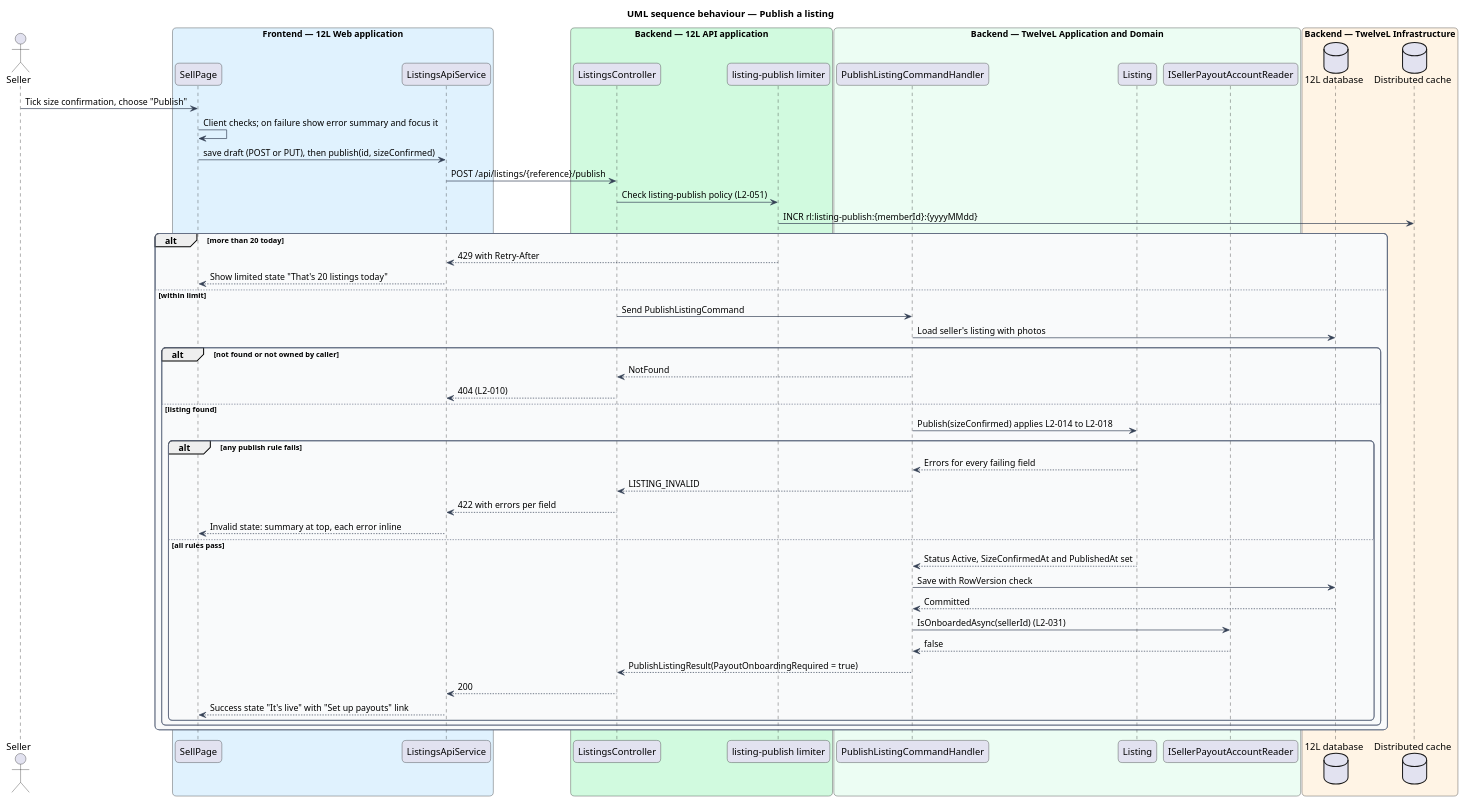
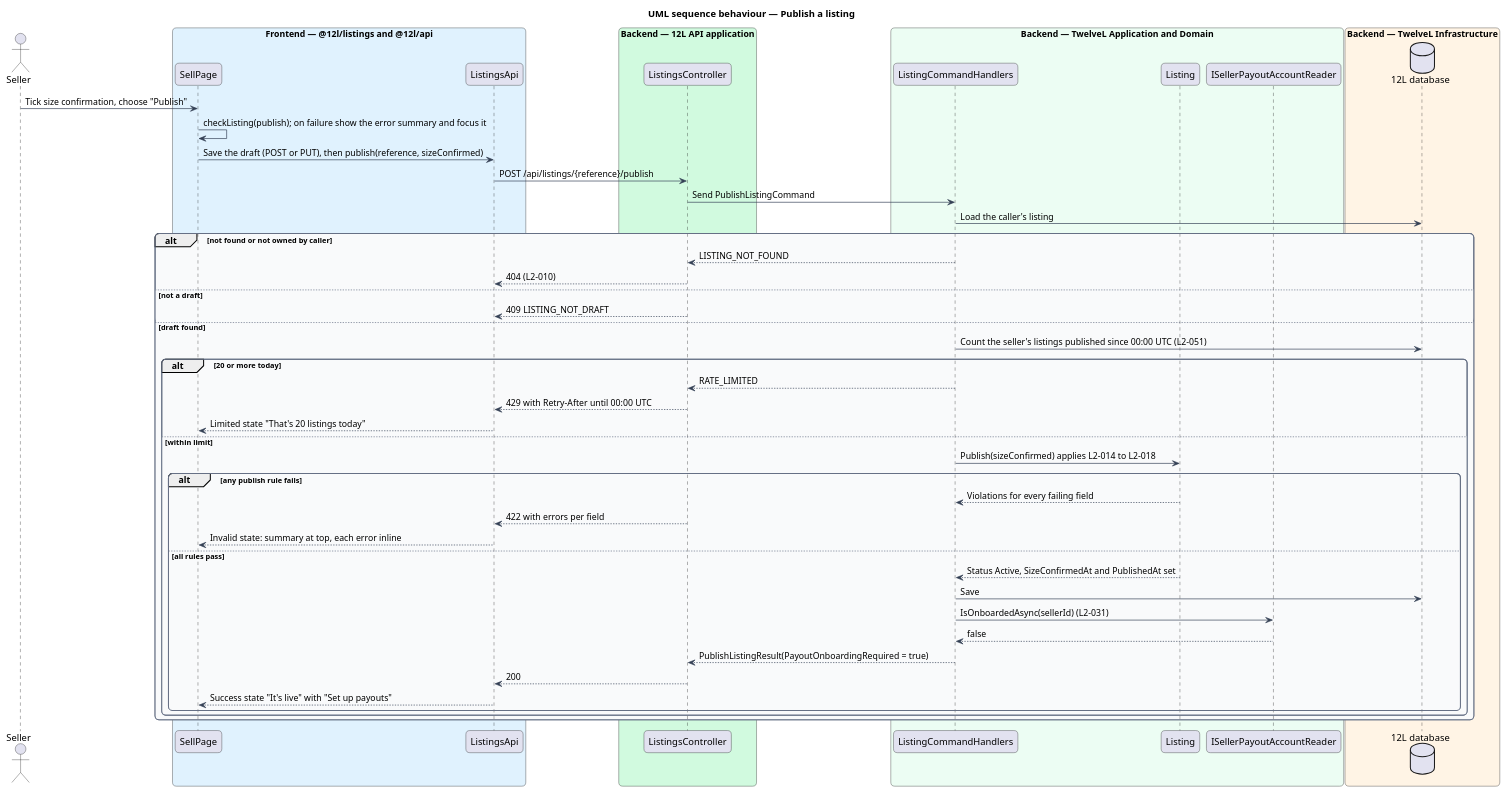
The diagram in docs/detailed-designs/listings/create-listing/diagrams/sequence-publish-listing.puml (QuinntyneBrown/12l), drawn with PlantUML before and after one commit. The commit also changed 89 other files, not shown here.

```diff
--- a/docs/detailed-designs/listings/create-listing/diagrams/sequence-publish-listing.puml
+++ b/docs/detailed-designs/listings/create-listing/diagrams/sequence-publish-listing.puml
@@ -1,69 +1,67 @@
 @startuml
 title UML sequence behaviour — Publish a listing
 skinparam backgroundColor #FFFFFF
 skinparam shadowing false
 skinparam roundcorner 12
 skinparam defaultFontName Arial
 skinparam ArrowColor #344054
 skinparam rectangle {
   BorderColor #344054
   FontColor #101828
 }
 skinparam package {
   BorderColor #667085
   FontColor #101828
   BackgroundColor #F9FAFB
 }
 actor "Seller" as actor
-box "Frontend — 12L Web application" #E0F2FE
+box "Frontend — @12l/listings and @12l/api" #E0F2FE
   participant "SellPage" as page
-  participant "ListingsApiService" as client
+  participant "ListingsApi" as client
 end box
 box "Backend — 12L API application" #D1FADF
   participant "ListingsController" as controller
-  participant "listing-publish limiter" as limiter
 end box
 box "Backend — TwelveL Application and Domain" #ECFDF3
-  participant "PublishListingCommandHandler" as handler
+  participant "ListingCommandHandlers" as handler
   participant "Listing" as entity
   participant "ISellerPayoutAccountReader" as payout
 end box
 box "Backend — TwelveL Infrastructure" #FFF4E5
   database "12L database" as db
-  database "Distributed cache" as cache
 end box
 actor -> page : Tick size confirmation, choose "Publish"
-page -> page : Client checks; on failure show error summary and focus it
-page -> client : save draft (POST or PUT), then publish(id, sizeConfirmed)
+page -> page : checkListing(publish); on failure show the error summary and focus it
+page -> client : Save the draft (POST or PUT), then publish(reference, sizeConfirmed)
 client -> controller : POST /api/listings/{reference}/publish
-controller -> limiter : Check listing-publish policy (L2-051)
-limiter -> cache : INCR rl:listing-publish:{memberId}:{yyyyMMdd}
-alt more than 20 today
-  limiter --> client : 429 with Retry-After
-  client --> page : Show limited state "That's 20 listings today"
-else within limit
-  controller -> handler : Send PublishListingCommand
-  handler -> db : Load seller's listing with photos
-  alt not found or not owned by caller
-    handler --> controller : NotFound
-    controller --> client : 404 (L2-010)
-  else listing found
+controller -> handler : Send PublishListingCommand
+handler -> db : Load the caller's listing
+alt not found or not owned by caller
+  handler --> controller : LISTING_NOT_FOUND
+  controller --> client : 404 (L2-010)
+else not a draft
+  controller --> client : 409 LISTING_NOT_DRAFT
+else draft found
+  handler -> db : Count the seller's listings published since 00:00 UTC (L2-051)
+  alt 20 or more today
+    handler --> controller : RATE_LIMITED
+    controller --> client : 429 with Retry-After until 00:00 UTC
+    client --> page : Limited state "That's 20 listings today"
+  else within limit
     handler -> entity : Publish(sizeConfirmed) applies L2-014 to L2-018
     alt any publish rule fails
-      entity --> handler : Errors for every failing field
-      handler --> controller : LISTING_INVALID
+      entity --> handler : Violations for every failing field
       controller --> client : 422 with errors per field
       client --> page : Invalid state: summary at top, each error inline
     else all rules pass
       entity --> handler : Status Active, SizeConfirmedAt and PublishedAt set
-      handler -> db : Save with RowVersion check
-      db --> handler : Committed
+      handler -> db : Save
       handler -> payout : IsOnboardedAsync(sellerId) (L2-031)
       payout --> handler : false
       handler --> controller : PublishListingResult(PayoutOnboardingRequired = true)
       controller --> client : 200
-      client --> page : Success state "It's live" with "Set up payouts" link
+      client --> page : Success state "It's live" with "Set up payouts"
     end
   end
 end
 @enduml
```
